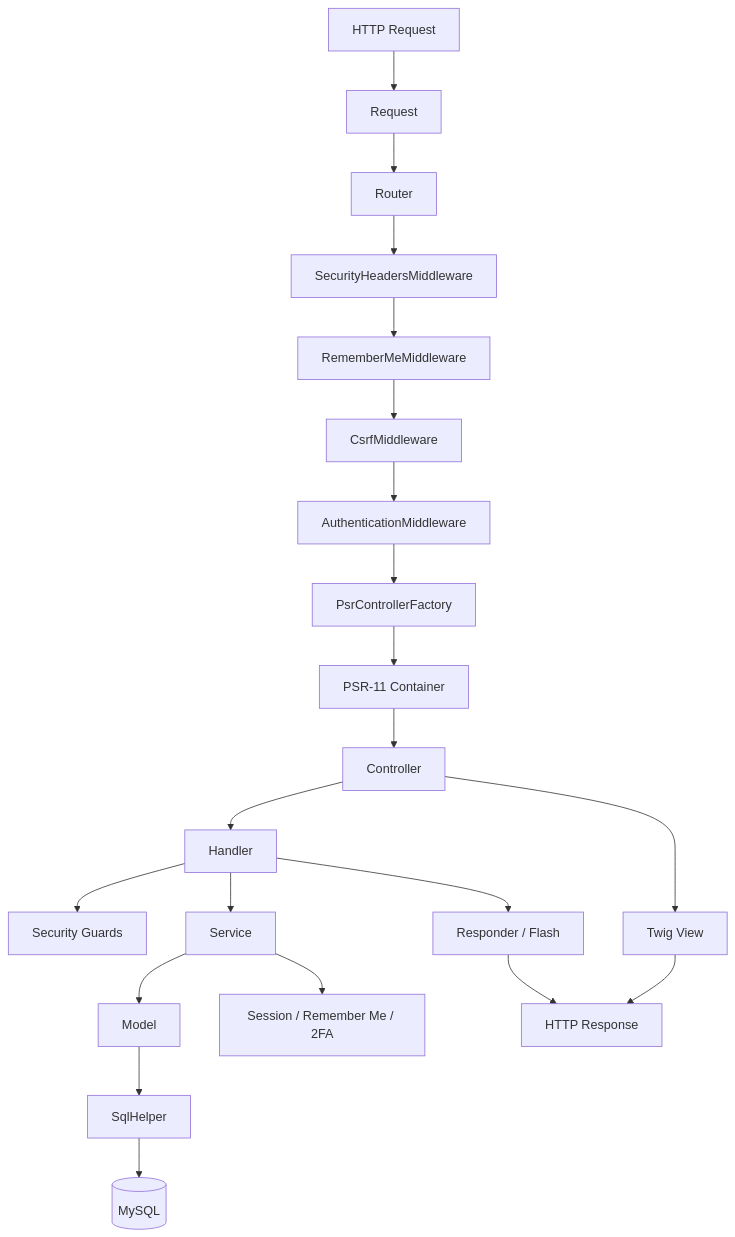
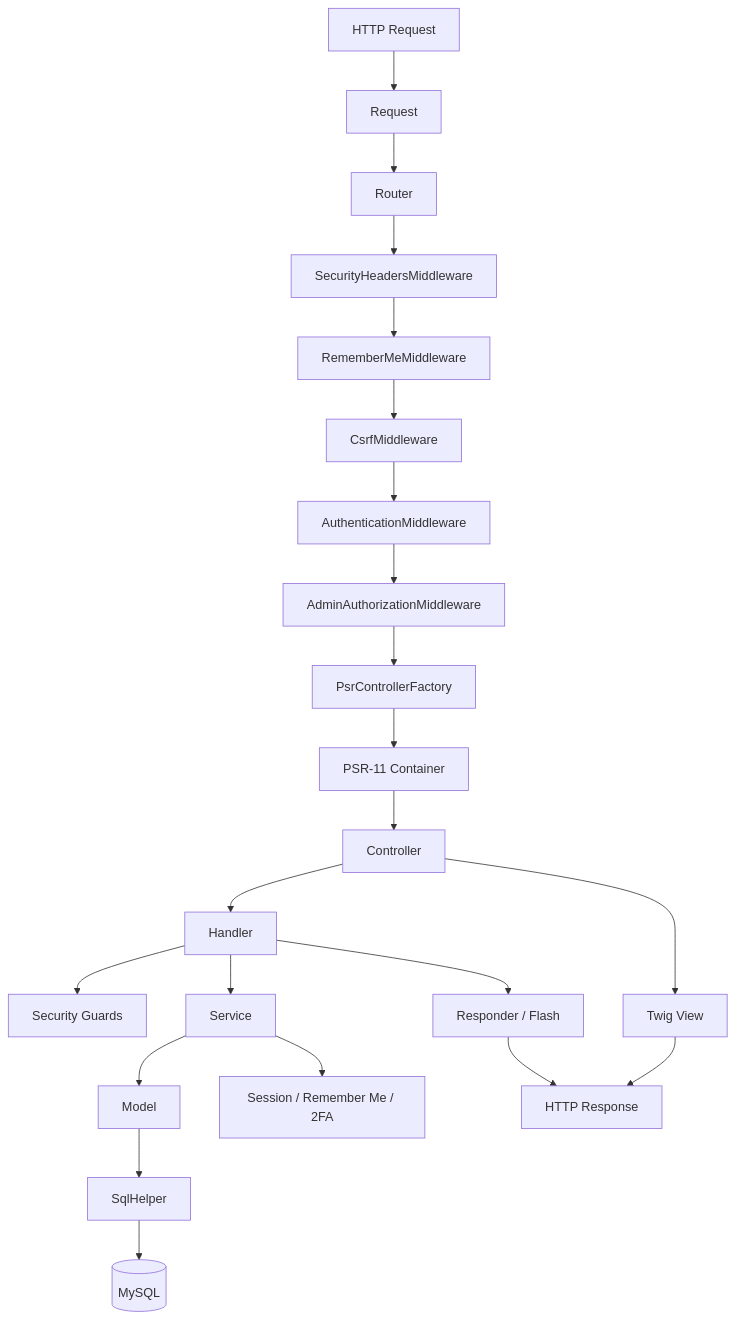
One commit to aerial978/coding-blog changed the diagram in README.md. Above: the diagram before and after it, drawn with Mermaid. The commit also changed other lines of this file, not shown here.

Commit message:
docs: update admin authorization documentation

````diff
--- a/README.md
+++ b/README.md
@@ -152,29 +154,44 @@
 ```mermaid
 flowchart TD
     A[HTTP Request] --> B[Request]
+
     B --> C[Router]
 
     C --> D[SecurityHeadersMiddleware]
+
     D --> E[RememberMeMiddleware]
+
     E --> F[CsrfMiddleware]
+
     F --> G[AuthenticationMiddleware]
 
-    G --> H[PsrControllerFactory]
-    H --> I[PSR-11 Container]
-    I --> J[Controller]
+    G --> H[AdminAuthorizationMiddleware]
 
-    J --> K[Handler]
-    K --> L[Security Guards]
-    K --> M[Service]
+    H --> I[PsrControllerFactory]
 
-    M --> N[Model]
-    N --> O[SqlHelper]
-    O --> P[(MySQL)]
+    I --> J[PSR-11 Container]
 
-    M --> Q[Session / Remember Me / 2FA]
-    K --> R[Responder / Flash]
-    J --> S[Twig View]
+    J --> K[Controller]
 
-    R --> T[HTTP Response]
-    S --> T
+    K --> L[Handler]
+
+    L --> M[Security Guards]
+
+    L --> N[Service]
+
+    N --> O[Model]
+
+    O --> P[SqlHelper]
+
+    P --> Q[(MySQL)]
+
+    N --> R[Session / Remember Me / 2FA]
+
+    L --> S[Responder / Flash]
+
+    K --> T[Twig View]
+
+    S --> U[HTTP Response]
+
+    T --> U
 ```
````
